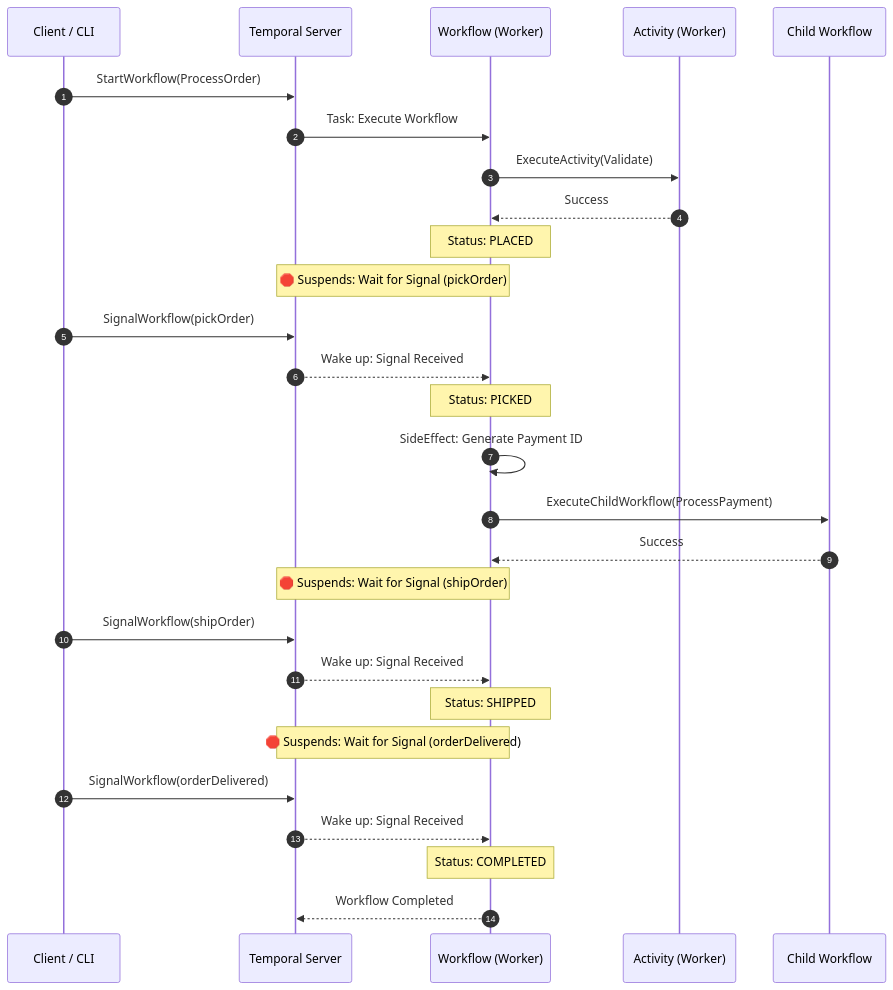
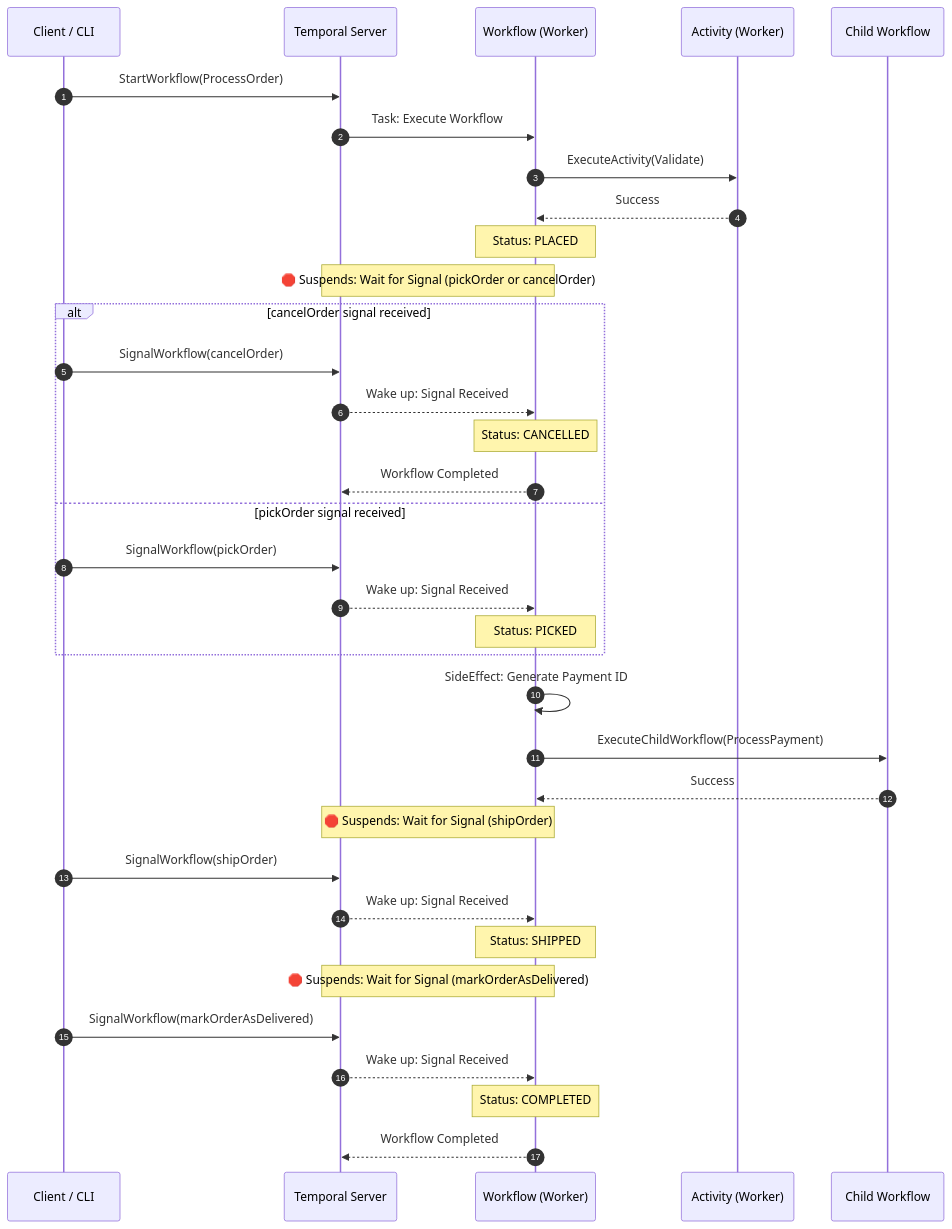
The second of 2 diagrams in internal/temporal/README.md (romangurevitch/GoTraining), drawn with Mermaid before and after one commit. The commit also changed other lines of this file and 2 other files, not shown here.

````diff
--- a/internal/temporal/README.md
+++ b/internal/temporal/README.md
@@ -51,36 +51,43 @@
 ```mermaid
 sequenceDiagram
     autonumber
     participant C as Client / CLI
     participant T as Temporal Server
     participant W as Workflow (Worker)
     participant A as Activity (Worker)
     participant CW as Child Workflow
 
     C->>T: StartWorkflow(ProcessOrder)
     T->>W: Task: Execute Workflow
     
     W->>A: ExecuteActivity(Validate)
     A-->>W: Success
     Note over W: Status: PLACED
 
-    Note over W,T: 🛑 Suspends: Wait for Signal (pickOrder)
-    C->>T: SignalWorkflow(pickOrder)
-    T-->>W: Wake up: Signal Received
-    Note over W: Status: PICKED
+    Note over W,T: 🛑 Suspends: Wait for Signal (pickOrder or cancelOrder)
+    alt cancelOrder signal received
+        C->>T: SignalWorkflow(cancelOrder)
+        T-->>W: Wake up: Signal Received
+        Note over W: Status: CANCELLED
+        W-->>T: Workflow Completed
+    else pickOrder signal received
+        C->>T: SignalWorkflow(pickOrder)
+        T-->>W: Wake up: Signal Received
+        Note over W: Status: PICKED
+    end
 
     W->>W: SideEffect: Generate Payment ID
     W->>CW: ExecuteChildWorkflow(ProcessPayment)
     CW-->>W: Success
 
     Note over W,T: 🛑 Suspends: Wait for Signal (shipOrder)
     C->>T: SignalWorkflow(shipOrder)
     T-->>W: Wake up: Signal Received
     Note over W: Status: SHIPPED
 
-    Note over W,T: 🛑 Suspends: Wait for Signal (orderDelivered)
-    C->>T: SignalWorkflow(orderDelivered)
+    Note over W,T: 🛑 Suspends: Wait for Signal (markOrderAsDelivered)
+    C->>T: SignalWorkflow(markOrderAsDelivered)
     T-->>W: Wake up: Signal Received
     Note over W: Status: COMPLETED
     W-->>T: Workflow Completed
 ```
````
